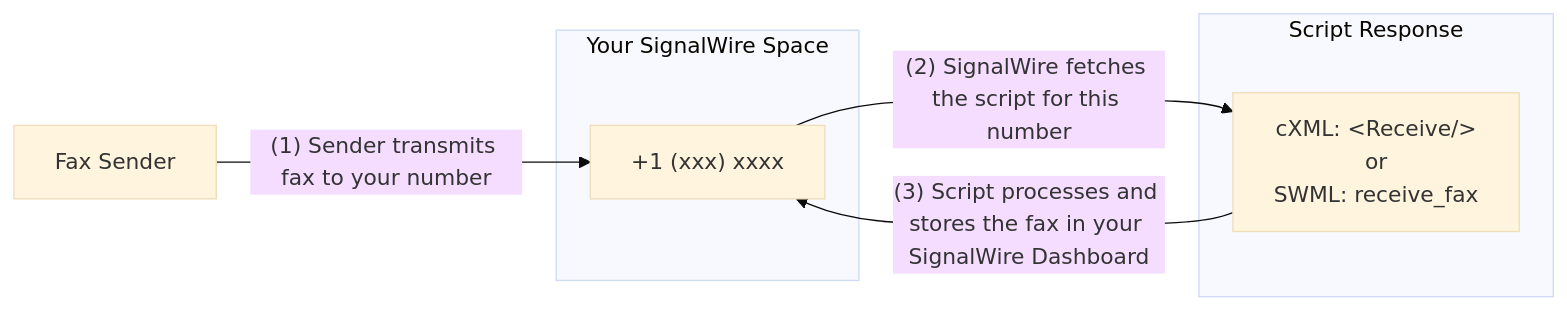
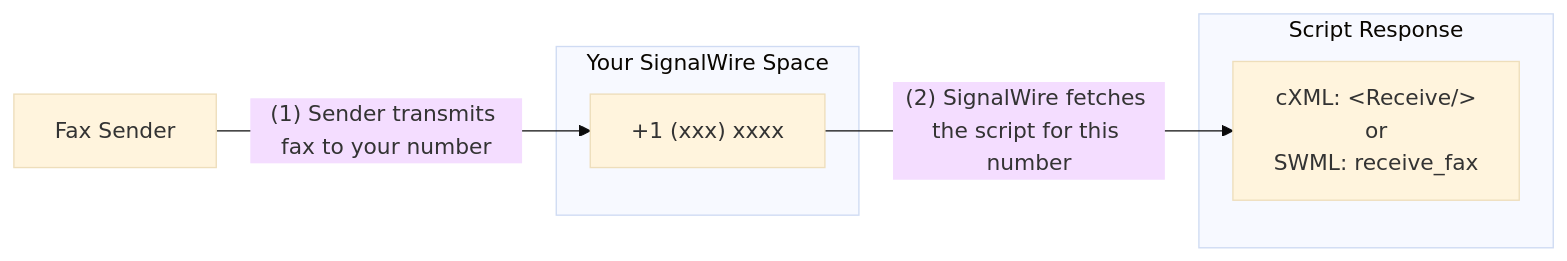
One commit to signalwire/docs changed the diagram in website/docs/main/home/calling/fax/getting-started/first-steps-with-fax/index.mdx. Above: the diagram before and after it, drawn with Mermaid (base theme). The commit also changed other lines of this file, not shown here.

Commit message:
Added send fax examples for SWML and REST API create a call endpoint. Slight change to mermaid, small wording changes

````diff
--- a/website/docs/main/home/calling/fax/getting-started/first-steps-with-fax/index.mdx
+++ b/website/docs/main/home/calling/fax/getting-started/first-steps-with-fax/index.mdx
@@ -42,17 +42,16 @@
   ```mermaid
   graph LR
       Sender["Fax Sender"]
 
       subgraph CompanyNumbers["Your SignalWire Space"]
           N1["+1 (xxx) xxxx"]
       end
 
       subgraph Script["Script Response"]
         C["cXML: &lt;Receive/&gt;<br>or<br>SWML: receive_fax"]
       end
 
       %% Positioning adjustments
       Sender -- "(1) Sender transmits fax to your number" --> N1
       N1 -- "(2) SignalWire fetches the script for this number" --> C
-      C -- "(3) Script processes and stores the fax in your SignalWire Dashboard" --> N1
     ```
````
